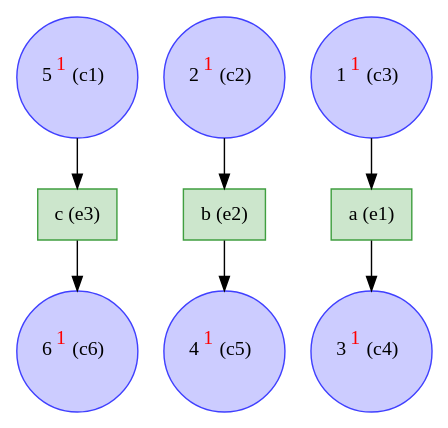
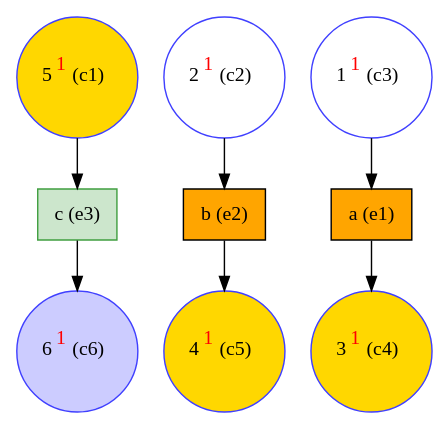
The diagram in examples/concurrent_process/concur_process_unf.dot (giannkas/ecofolder), drawn with Graphviz before and after one commit. The commit also changed 75 other files, not shown here.

Commit message:
adding examples of urchins in Tasmania. Now one can specify a configuration to show its corresponding firing sequence and marking. No segmentation fault found!

```diff
--- a/examples/concurrent_process/concur_process_unf.dot
+++ b/examples/concurrent_process/concur_process_unf.dot
@@ -1,17 +1,17 @@
 digraph test {
   c1 -> e3;
   c2 -> e2;
   c3 -> e1;
   e1 -> c4;
   e2 -> c5;
   e3 -> c6;
-  c1 [color="#4040ff" fillcolor="#ccccff" label= <5<FONT COLOR="red"><SUP>1</SUP></FONT>&nbsp;(c1)> shape=circle style=filled];
-  c2 [color="#4040ff" fillcolor="#ccccff" label= <2<FONT COLOR="red"><SUP>1</SUP></FONT>&nbsp;(c2)> shape=circle style=filled];
-  c3 [color="#4040ff" fillcolor="#ccccff" label= <1<FONT COLOR="red"><SUP>1</SUP></FONT>&nbsp;(c3)> shape=circle style=filled];
-  c4 [color="#4040ff" fillcolor="#ccccff" label= <3<FONT COLOR="red"><SUP>1</SUP></FONT>&nbsp;(c4)> shape=circle style=filled];
-  c5 [color="#4040ff" fillcolor="#ccccff" label= <4<FONT COLOR="red"><SUP>1</SUP></FONT>&nbsp;(c5)> shape=circle style=filled];
+  c1 [color="#4040ff" fillcolor="gold" label= <5<FONT COLOR="red"><SUP>1</SUP></FONT>&nbsp;(c1)> shape=circle style=filled];
+  c2 [color="#4040ff" fillcolor="transparent" label= <2<FONT COLOR="red"><SUP>1</SUP></FONT>&nbsp;(c2)> shape=circle style=filled];
+  c3 [color="#4040ff" fillcolor="transparent" label= <1<FONT COLOR="red"><SUP>1</SUP></FONT>&nbsp;(c3)> shape=circle style=filled];
+  c4 [color="#4040ff" fillcolor="gold" label= <3<FONT COLOR="red"><SUP>1</SUP></FONT>&nbsp;(c4)> shape=circle style=filled];
+  c5 [color="#4040ff" fillcolor="gold" label= <4<FONT COLOR="red"><SUP>1</SUP></FONT>&nbsp;(c5)> shape=circle style=filled];
   c6 [color="#4040ff" fillcolor="#ccccff" label= <6<FONT COLOR="red"><SUP>1</SUP></FONT>&nbsp;(c6)> shape=circle style=filled];
-  e1 [color="#409f40" fillcolor="#cce6cc" label="a (e1)" shape=box style=filled];
-  e2 [color="#409f40" fillcolor="#cce6cc" label="b (e2)" shape=box style=filled];
+  e1 [color="black" fillcolor="orange" label="a (e1)" shape=box style=filled];
+  e2 [color="black" fillcolor="orange" label="b (e2)" shape=box style=filled];
   e3 [color="#409f40" fillcolor="#cce6cc" label="c (e3)" shape=box style=filled];
 }
```
